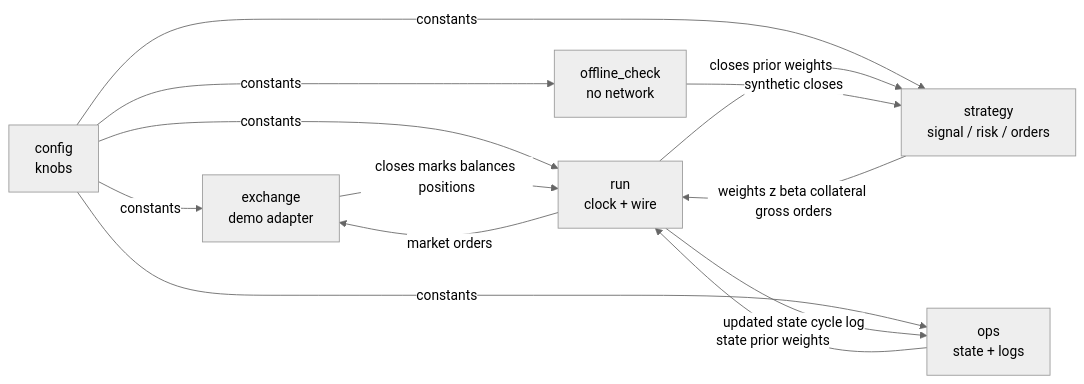
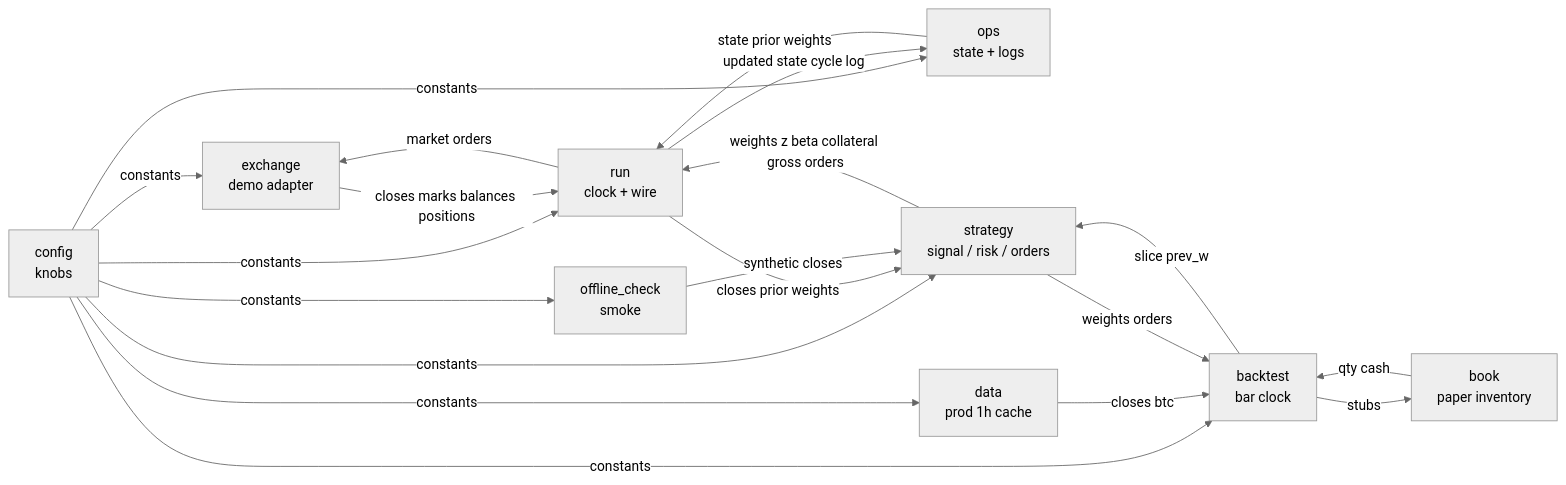
One commit to IsuruMahakumara/an-cszn-core changed the first of 2 diagrams in docs/residual-trader.md. Above: the diagram before and after it, drawn with Mermaid (neutral theme). The commit also changed other lines of this file and 9 other files, not shown here.

````diff
--- a/docs/residual-trader.md
+++ b/docs/residual-trader.md
@@ -9,22 +9,32 @@
 ```mermaid
 flowchart LR
   config["config<br/>knobs"]
   exchange["exchange<br/>demo adapter"]
   ops["ops<br/>state + logs"]
   strategy["strategy<br/>signal / risk / orders"]
   run["run<br/>clock + wire"]
-  offline["offline_check<br/>no network"]
+  offline["offline_check<br/>smoke"]
+  data["data<br/>prod 1h cache"]
+  book["book<br/>paper inventory"]
+  backtest["backtest<br/>bar clock"]
 
   config -->|constants| exchange
   config -->|constants| strategy
   config -->|constants| ops
   config -->|constants| run
   exchange -->|closes marks balances positions| run
   ops -->|state prior weights| run
   run -->|closes prior weights| strategy
   strategy -->|weights z beta collateral gross orders| run
   run -->|market orders| exchange
   run -->|updated state cycle log| ops
   config -->|constants| offline
   offline -->|synthetic closes| strategy
+  config -->|constants| data
+  config -->|constants| backtest
+  data -->|closes btc| backtest
+  backtest -->|slice prev_w| strategy
+  strategy -->|weights orders| backtest
+  backtest -->|stubs| book
+  book -->|qty cash| backtest
 ```
````
